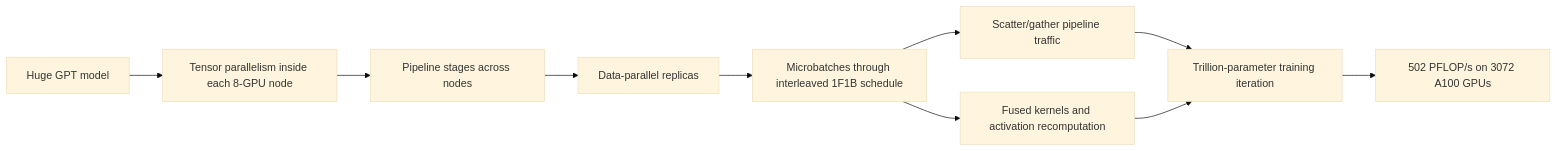
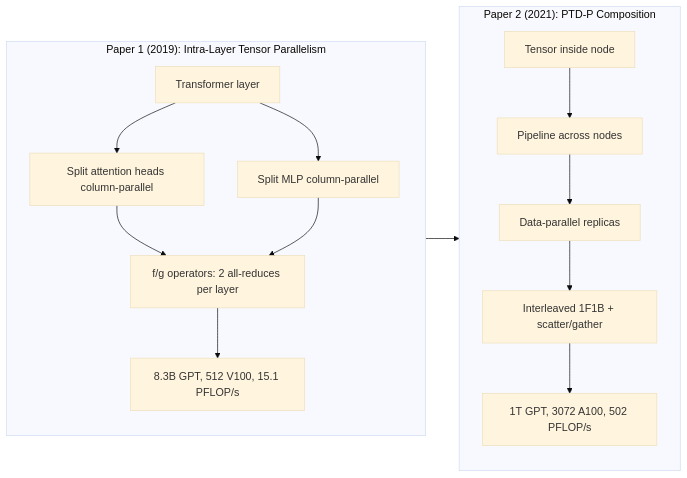
Before and after one commit to zhongzhouTan-coder/zhongzhouTan-coder.github.io: the first of 2 diagrams in docs/training/megatron-lm/index.md, drawn with Mermaid (base theme). The commit also changed other lines of this file and 35 other files, not shown here.

````diff
--- a/docs/training/megatron-lm/index.md
+++ b/docs/training/megatron-lm/index.md
@@ -30,12 +38,17 @@
 ```mermaid
 flowchart LR
-    A[Huge GPT model] --> B[Tensor parallelism inside each 8-GPU node]
-    B --> C[Pipeline stages across nodes]
-    C --> D[Data-parallel replicas]
-    D --> E[Microbatches through interleaved 1F1B schedule]
-    E --> F[Scatter/gather pipeline traffic]
-    E --> G[Fused kernels and activation recomputation]
-    F --> H[Trillion-parameter training iteration]
-    G --> H
-    H --> I[502 PFLOP/s on 3072 A100 GPUs]
+    subgraph Paper1["Paper 1 (2019): Intra-Layer Tensor Parallelism"]
+        A1[Transformer layer] --> B1[Split attention heads column-parallel]
+        A1 --> C1[Split MLP column-parallel]
+        B1 --> D1[f/g operators: 2 all-reduces per layer]
+        C1 --> D1
+        D1 --> E1[8.3B GPT, 512 V100, 15.1 PFLOP/s]
+    end
+    subgraph Paper2["Paper 2 (2021): PTD-P Composition"]
+        A2[Tensor inside node] --> B2[Pipeline across nodes]
+        B2 --> C2[Data-parallel replicas]
+        C2 --> D2[Interleaved 1F1B + scatter/gather]
+        D2 --> E2[1T GPT, 3072 A100, 502 PFLOP/s]
+    end
+    Paper1 --> Paper2
 ```
````
